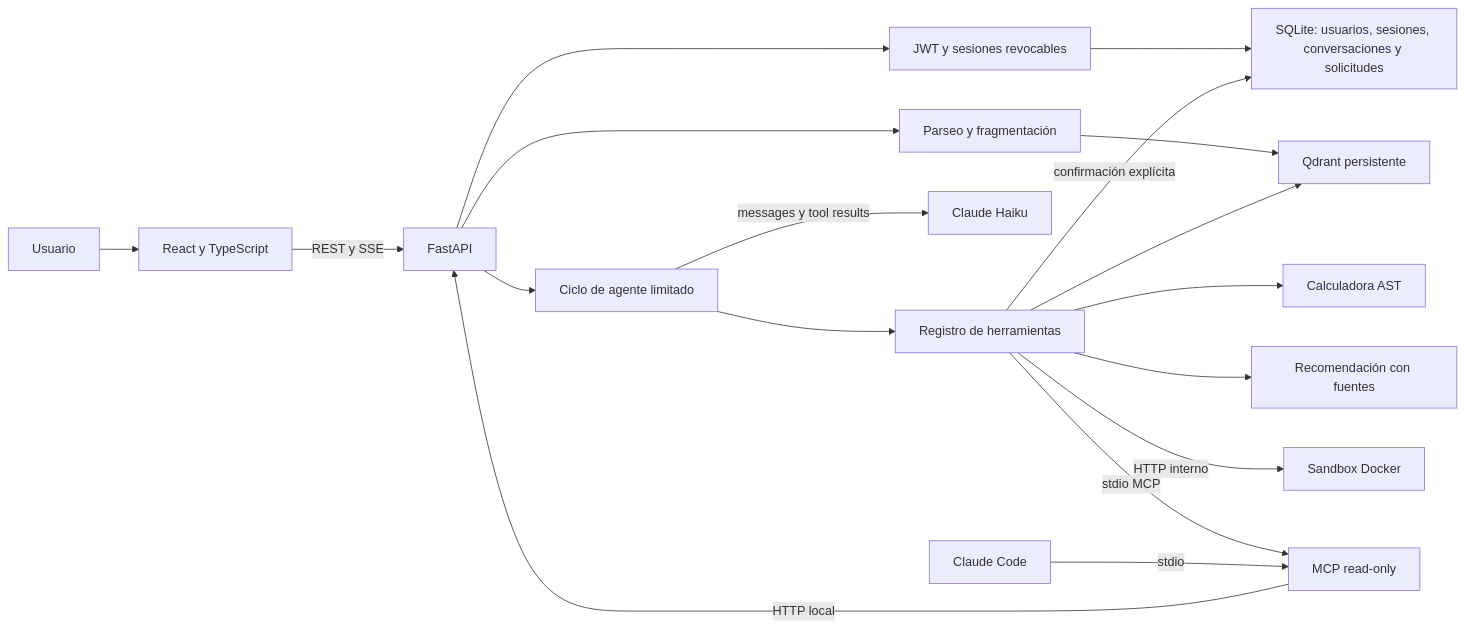
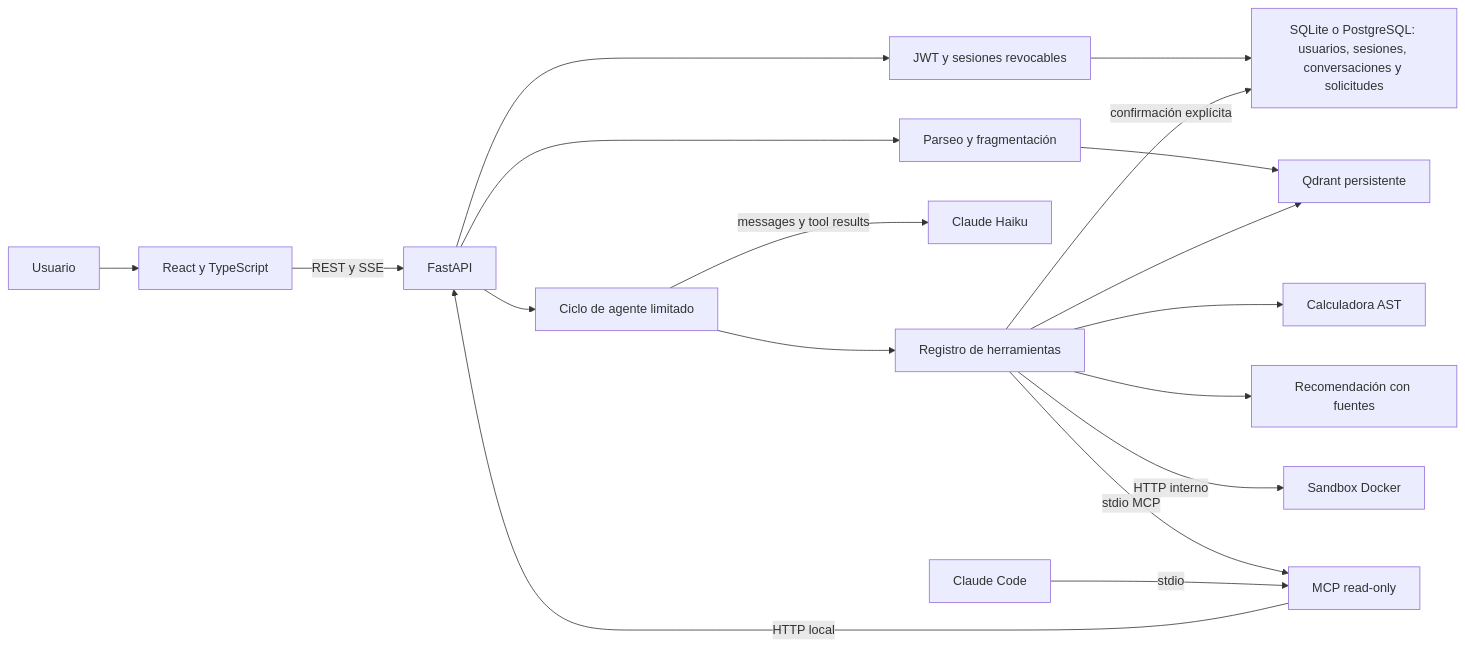
Before and after one commit to stevenvo780/humanizar-ai-agent: the diagram in docs/ARCHITECTURE.md, drawn with Mermaid. The commit also changed other lines of this file and 19 other files, not shown here.

````diff
--- a/docs/ARCHITECTURE.md
+++ b/docs/ARCHITECTURE.md
@@ -3,20 +3,20 @@
 ```mermaid
 flowchart LR
   U[Usuario] --> UI[React y TypeScript]
   UI -->|REST y SSE| API[FastAPI]
   API --> AUTH[JWT y sesiones revocables]
-  AUTH --> DB[SQLite: usuarios, sesiones, conversaciones y solicitudes]
+  AUTH --> DB[SQLite o PostgreSQL: usuarios, sesiones, conversaciones y solicitudes]
   API --> ING[Parseo y fragmentación]
   ING --> V[Qdrant persistente]
   API --> AG[Ciclo de agente limitado]
   AG -->|messages y tool results| C[Claude Haiku]
   AG --> R[Registro de herramientas]
   R --> V
   R --> CAL[Calculadora AST]
   R --> REC[Recomendación con fuentes]
   R -->|confirmación explícita| DB
   R -->|HTTP interno| S[Sandbox Docker]
   R -->|stdio MCP| MCP[MCP read-only]
   CC[Claude Code] -->|stdio| MCP
   MCP -->|HTTP local| API
 ```
````
